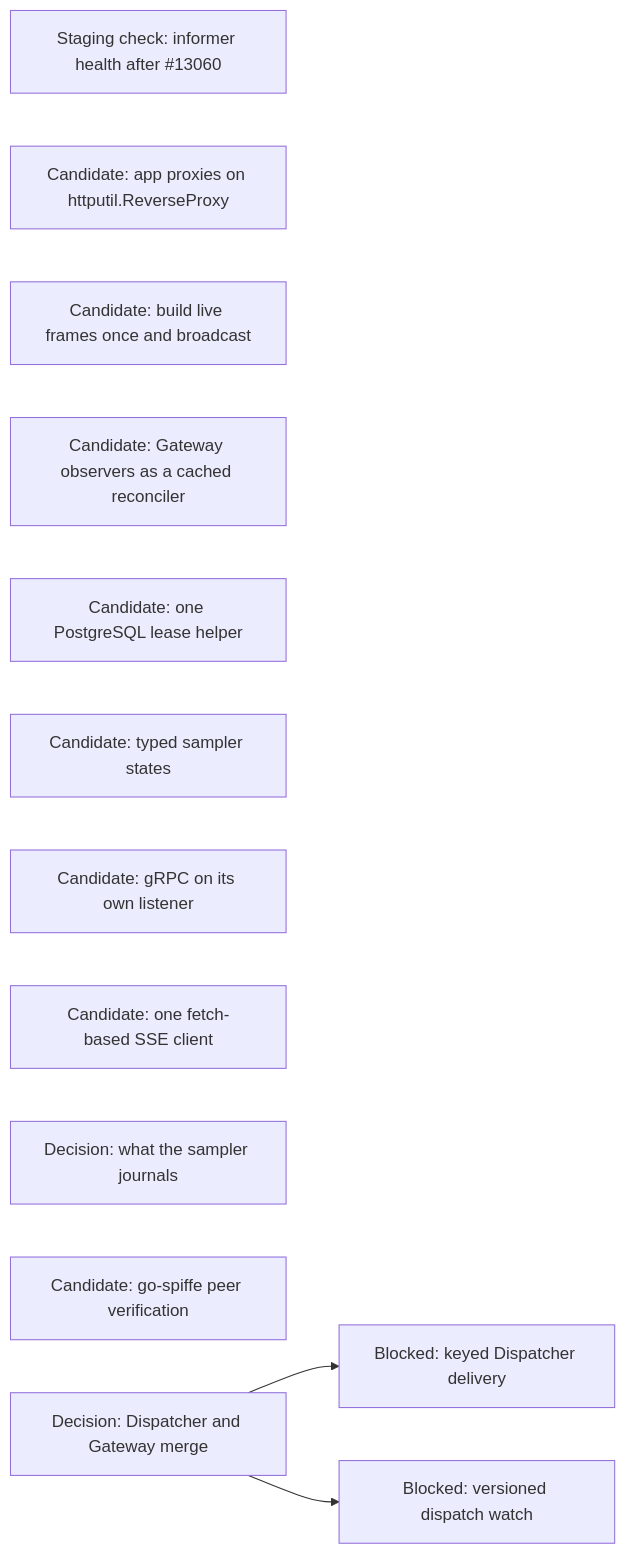
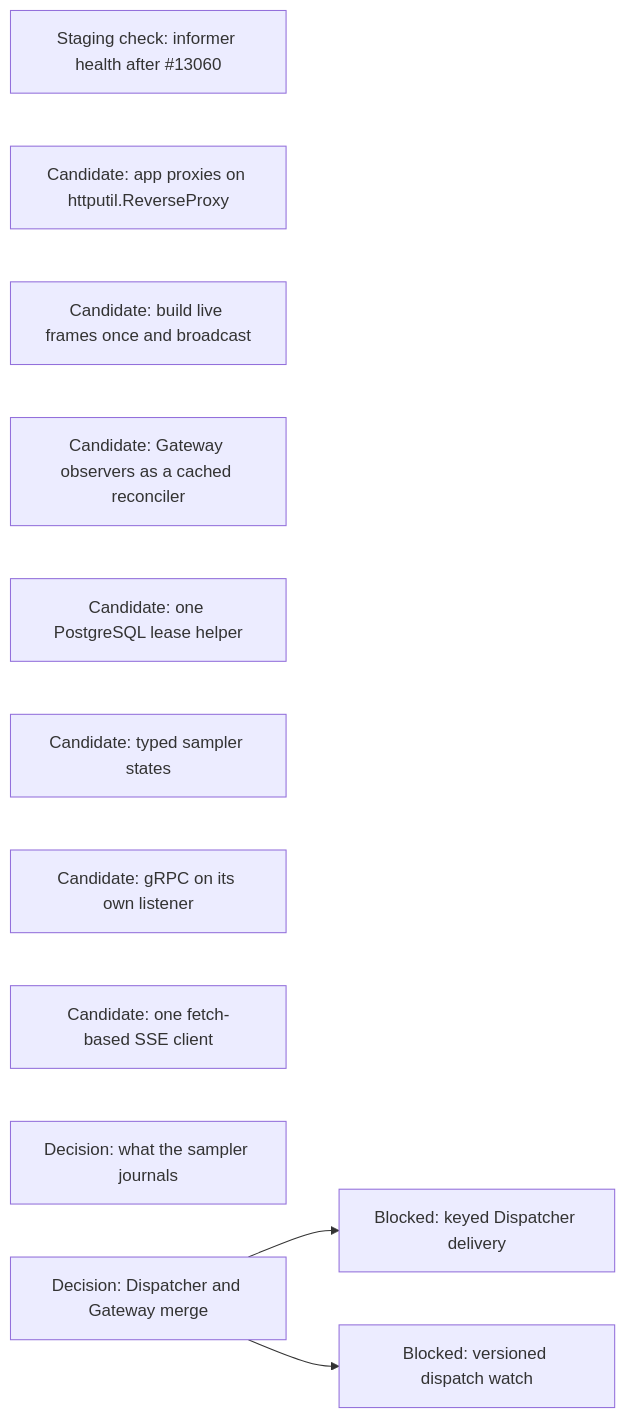
Before and after one commit to agentydragon/ducktape: diagram 18 of 18 in agentplane/plans/task_dag.md, drawn with Mermaid. The commit also changed other lines of this file and 9 other files, not shown here.

First line of the commit message:
runner_transport: verify runner mTLS peers with go-spiffe

````diff
--- a/agentplane/plans/task_dag.md
+++ b/agentplane/plans/task_dag.md
@@ -1908,15 +1908,14 @@
 ```mermaid
 flowchart LR
     KUBERNETES_NATIVE_WATCH_HEALTH[Staging check: informer health after #13060]
     APP_PROXY_REVERSE_PROXY[Candidate: app proxies on httputil.ReverseProxy]
     APP_LIVE_FRAME_BROADCAST[Candidate: build live frames once and broadcast]
     GATEWAY_OBSERVER_RECONCILER[Candidate: Gateway observers as a cached reconciler]
     POSTGRES_LEASE_HELPER[Candidate: one PostgreSQL lease helper]
     SAMPLER_TYPED_STATE[Candidate: typed sampler states]
     GRPC_NATIVE_LISTENER[Candidate: gRPC on its own listener]
     FRONTEND_SSE_CLIENT[Candidate: one fetch-based SSE client]
     SAMPLER_JOURNAL_DIET[Decision: what the sampler journals]
-    RUNNER_MTLS_GO_SPIFFE[Candidate: go-spiffe peer verification]
     DISPATCHER_PERSISTENCE_MODEL_DESIGN[Decision: Dispatcher and Gateway merge] --> DISPATCHER_KEYED_DELIVERY[Blocked: keyed Dispatcher delivery]
     DISPATCHER_PERSISTENCE_MODEL_DESIGN --> DISPATCHER_WATCH_VERSIONS[Blocked: versioned dispatch watch]
 ```
````
